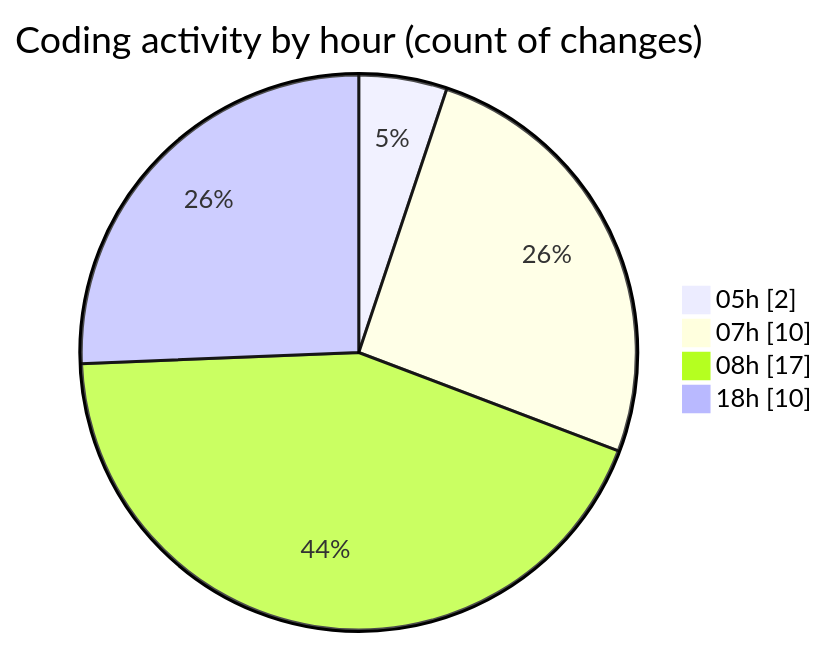
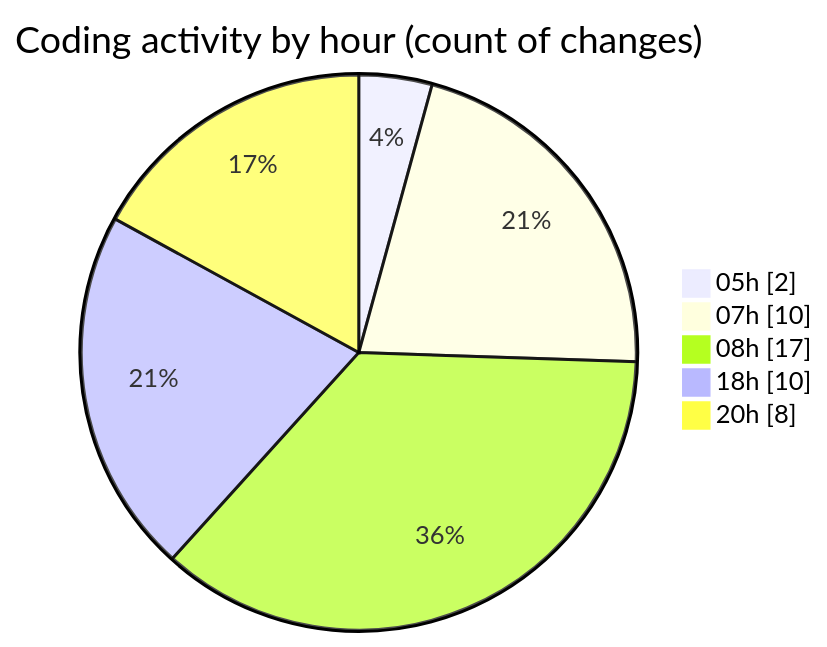
One commit to Elitesun/code-tracking changed the second of 2 diagrams in 2025-04-08/sungpt/README.md. Above: the diagram before and after it, drawn with Mermaid. The commit also changed other lines of this file and 1 other file, not shown here.

````diff
--- a/2025-04-08/sungpt/README.md
+++ b/2025-04-08/sungpt/README.md
@@ -41,8 +44,9 @@
 ```mermaid
 pie showData
 title Coding activity by hour (count of changes)
 "05h" : 2
 "07h" : 10
 "08h" : 17
 "18h" : 10
+"20h" : 8
 ```
````
